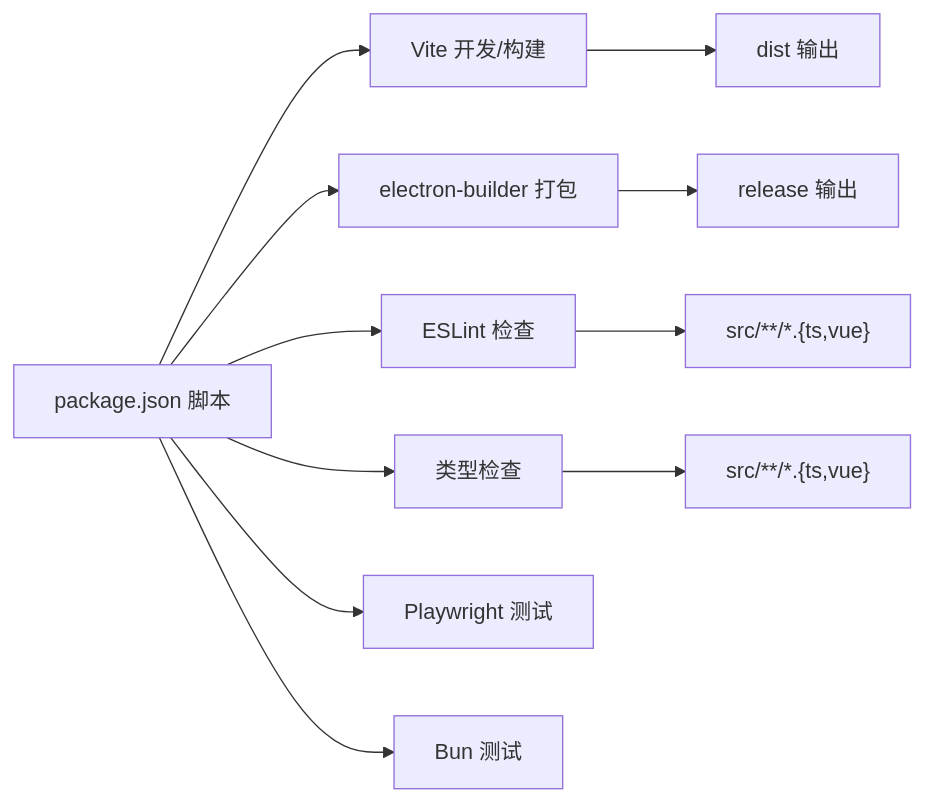
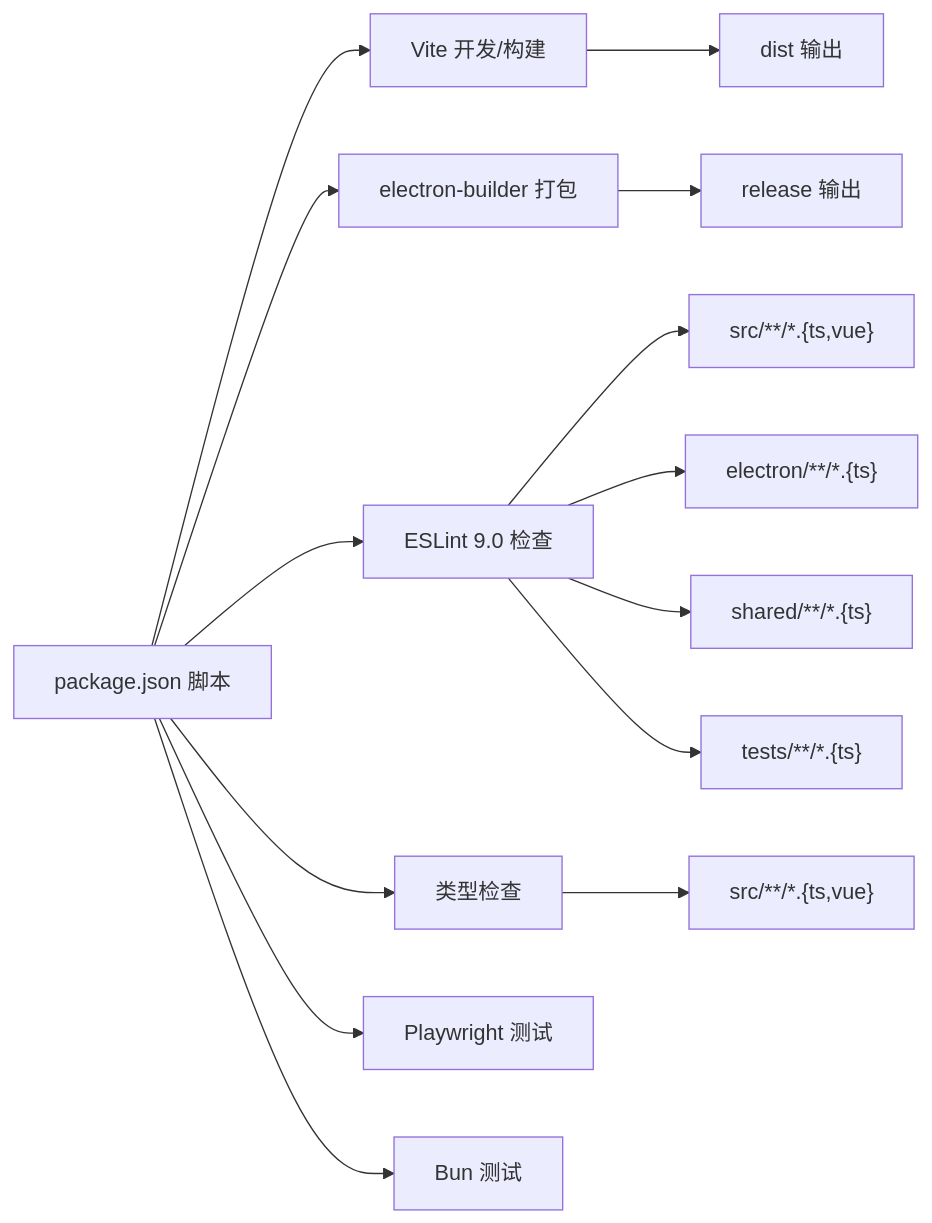
Before and after one commit to Siborne/OJFlow: the fifth of 5 diagrams in .qoder/repowiki/zh/content/开发指南.md, drawn with Mermaid. The commit also changed other lines of this file and 12 other files, not shown here.

````diff
--- a/.qoder/repowiki/zh/content/开发指南.md
+++ b/.qoder/repowiki/zh/content/开发指南.md
@@ -239,13 +251,16 @@
 ```mermaid
 graph LR
 P["package.json 脚本"] --> V["Vite 开发/构建"]
 P --> EB["electron-builder 打包"]
-P --> ESL["ESLint 检查"]
+P --> ESL["ESLint 9.0 检查"]
 P --> TSC["类型检查"]
 P --> PW["Playwright 测试"]
 P --> BT["Bun 测试"]
 V --> Dist["dist 输出"]
 EB --> Rel["release 输出"]
 TSC --> TSFiles["src/**/*.{ts,vue}"]
 ESL --> Src["src/**/*.{ts,vue}"]
+ESL --> Electron["electron/**/*.{ts}"]
+ESL --> Shared["shared/**/*.{ts}"]
+ESL --> Tests["tests/**/*.{ts}"]
 ```
````
